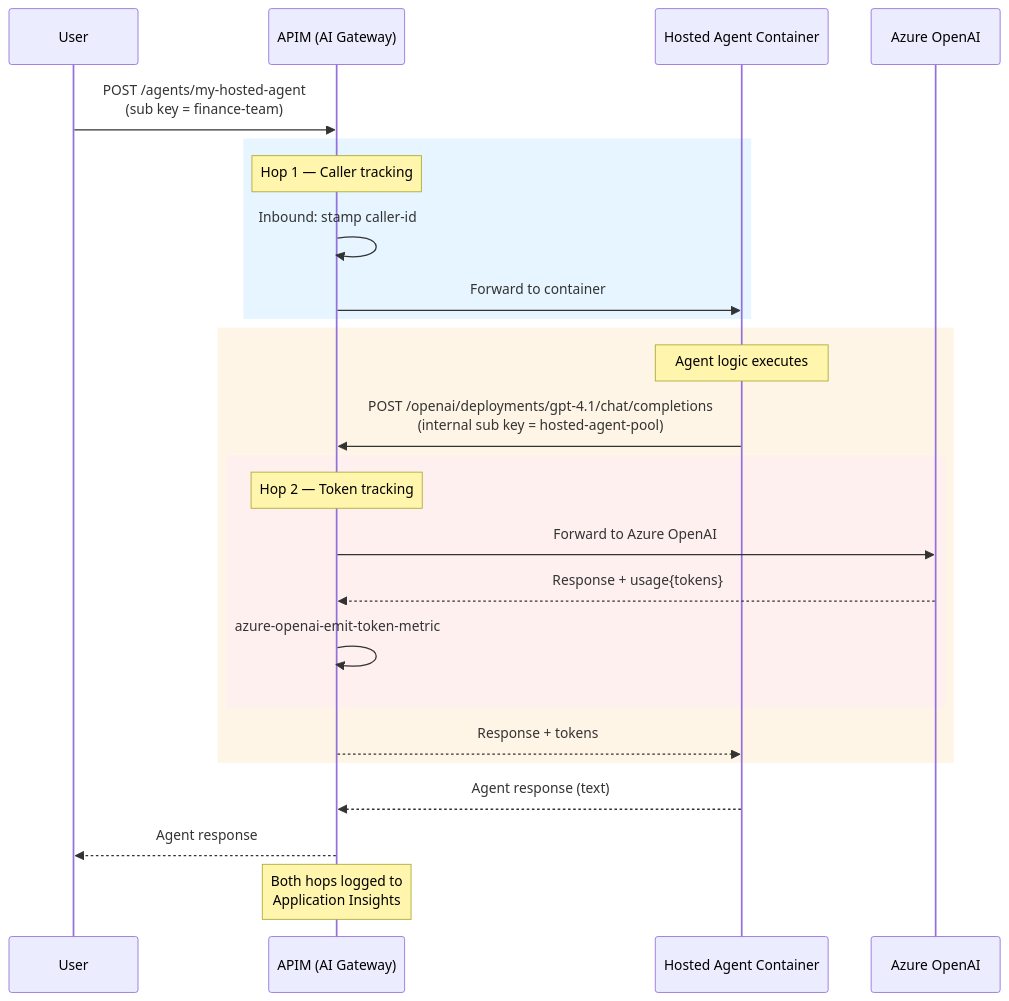
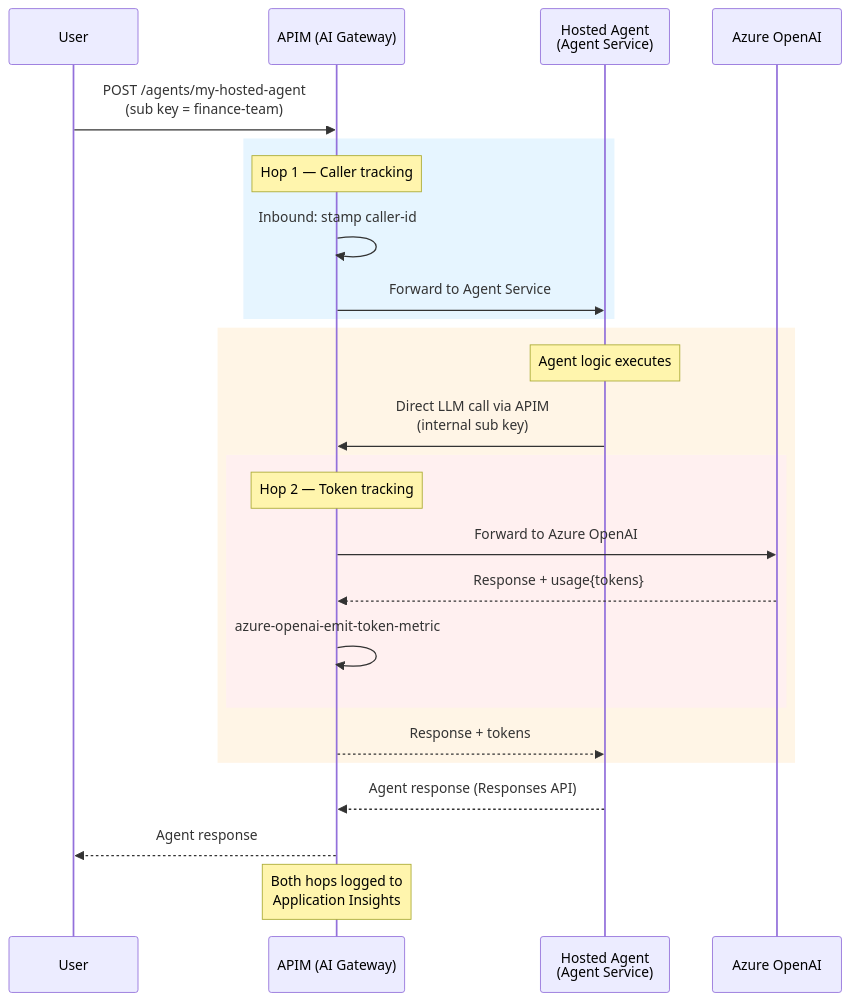
Before and after one commit to fredgis/fabric-foundry-kb: the fourth of 4 diagrams in Foundry_Agent_Monitoring_APIM.md, drawn with Mermaid. The commit also changed other lines of this file and 1 other file, not shown here.

First line of the commit message:
Fix Hosted Agent section: align with actual Foundry Agent Service docs

````diff
--- a/Foundry_Agent_Monitoring_APIM.md
+++ b/Foundry_Agent_Monitoring_APIM.md
@@ -554,34 +613,34 @@
 ```mermaid
 sequenceDiagram
     participant User
     participant APIM as APIM (AI Gateway)
-    participant HA as Hosted Agent Container
+    participant HA as Hosted Agent<br/>(Agent Service)
     participant AOAI as Azure OpenAI
 
     User->>APIM: POST /agents/my-hosted-agent<br/>(sub key = finance-team)
 
     rect rgb(230, 245, 255)
         Note over APIM: Hop 1 — Caller tracking
         APIM->>APIM: Inbound: stamp caller-id
-        APIM->>HA: Forward to container
+        APIM->>HA: Forward to Agent Service
     end
 
     rect rgb(255, 245, 230)
         Note over HA: Agent logic executes
-        HA->>APIM: POST /openai/deployments/gpt-4.1/chat/completions<br/>(internal sub key = hosted-agent-pool)
+        HA->>APIM: Direct LLM call via APIM<br/>(internal sub key)
 
         rect rgb(255, 240, 240)
             Note over APIM: Hop 2 — Token tracking
             APIM->>AOAI: Forward to Azure OpenAI
             AOAI-->>APIM: Response + usage{tokens}
             APIM->>APIM: azure-openai-emit-token-metric
         end
 
         APIM-->>HA: Response + tokens
     end
 
-    HA-->>APIM: Agent response (text)
+    HA-->>APIM: Agent response (Responses API)
     APIM-->>User: Agent response
 
     Note over APIM: Both hops logged to<br/>Application Insights
 ```
````
